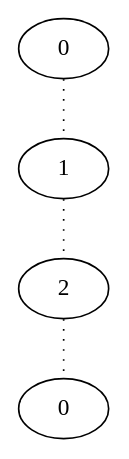
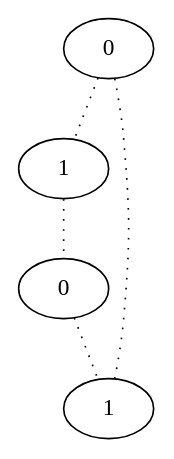
One commit to d1laj/Stage-M2 changed the diagram in TestPathsv1/result/4.dot. Above: the diagram before and after it, drawn with Graphviz. The commit also changed 12 other files, not shown here.

```diff
--- a/TestPathsv1/result/4.dot
+++ b/TestPathsv1/result/4.dot
@@ -1,9 +1,10 @@
 graph {
 a[label=0]
 b[label=1]
-c[label=2]
-d[label=0]
+c[label=0]
+d[label=1]
 a -- b [style=dotted];
 b -- c [style=dotted];
 c -- d [style=dotted];
+a -- d [style=dotted];
 }
```
